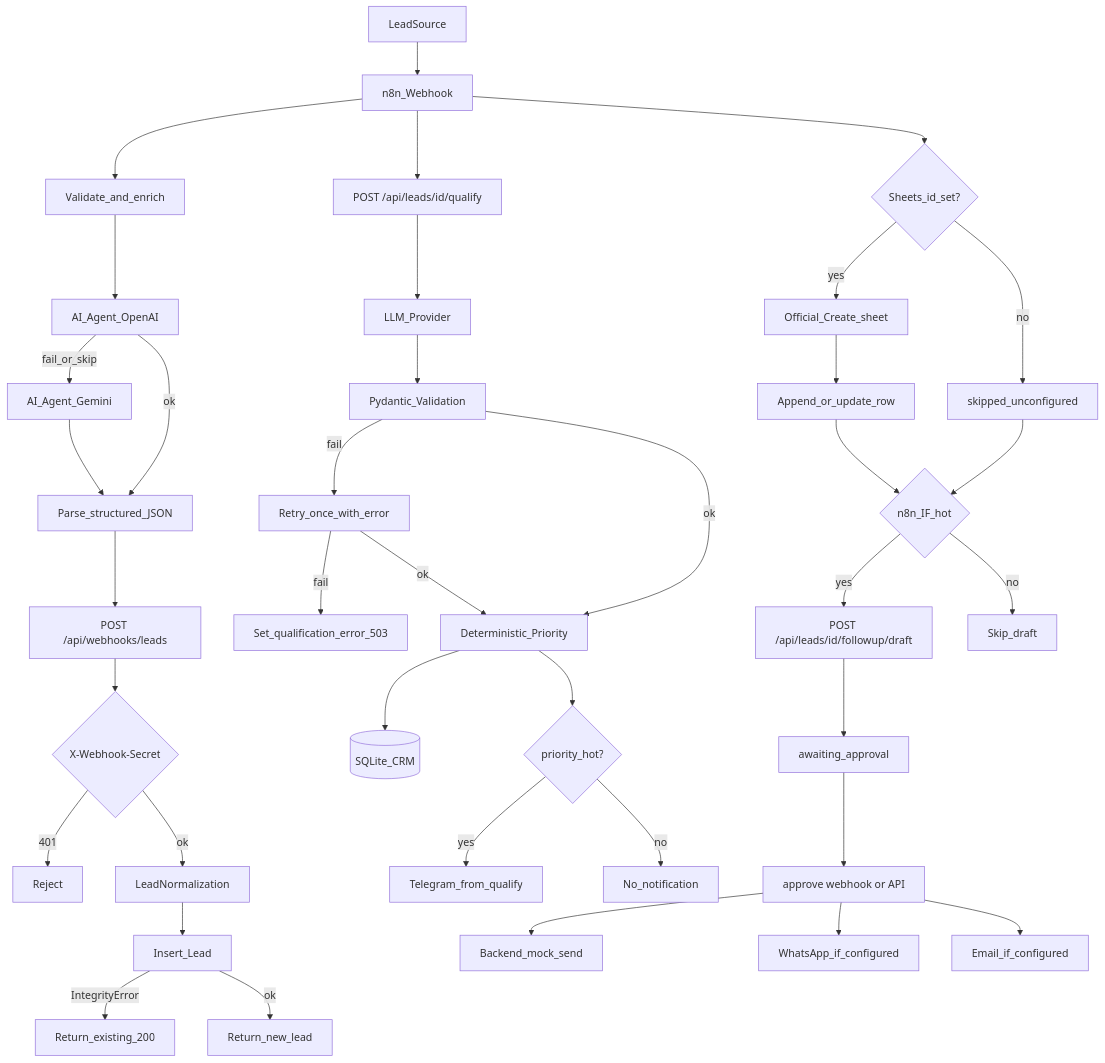
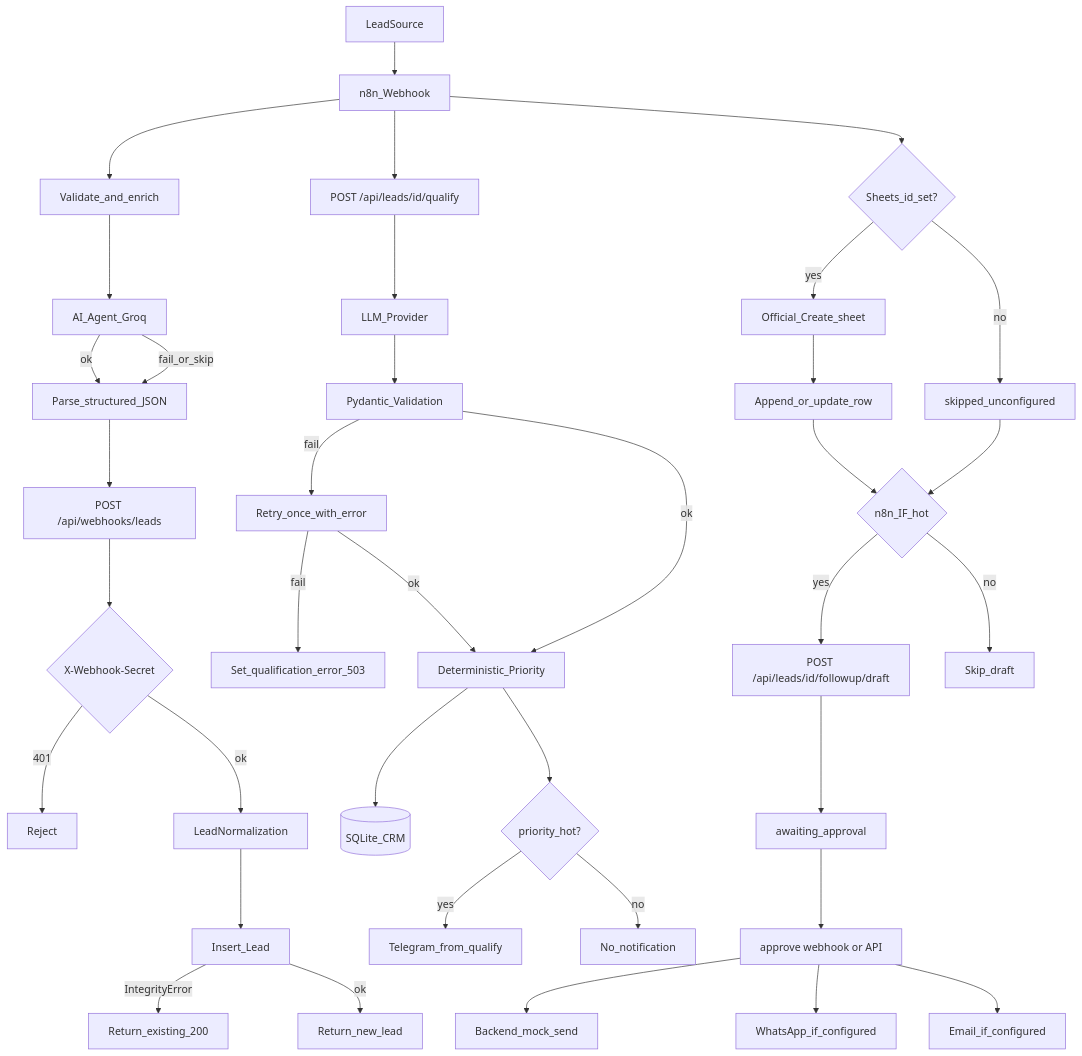
One commit to mohammadbourbour/AI-CRM changed the diagram in docs/ARCHITECTURE.md. Above: the diagram before and after it, drawn with Mermaid. The commit also changed other lines of this file and 21 other files, not shown here.

````diff
--- a/docs/ARCHITECTURE.md
+++ b/docs/ARCHITECTURE.md
@@ -7,40 +7,39 @@
 ```mermaid
 flowchart TD
     LeadSource[LeadSource] --> n8n[n8n_Webhook]
     n8n --> ValidateN8n[Validate_and_enrich]
-    ValidateN8n --> OpenAI[AI_Agent_OpenAI]
-    OpenAI -->|fail_or_skip| Gemini[AI_Agent_Gemini]
-    OpenAI -->|ok| ParseJSON[Parse_structured_JSON]
-    Gemini --> ParseJSON
+    ValidateN8n --> Groq[AI_Agent_Groq]
+    Groq -->|ok| ParseJSON[Parse_structured_JSON]
+    Groq -->|fail_or_skip| ParseJSON
     ParseJSON --> WebhookAPI["POST /api/webhooks/leads"]
     WebhookAPI --> AuthCheck{X-Webhook-Secret}
     AuthCheck -->|401| Reject[Reject]
     AuthCheck -->|ok| Normalize[LeadNormalization]
     Normalize --> InsertLead[Insert_Lead]
     InsertLead -->|IntegrityError| ExistingLead[Return_existing_200]
     InsertLead -->|ok| NewLead[Return_new_lead]
     n8n --> QualifyAPI["POST /api/leads/id/qualify"]
     QualifyAPI --> LLM[LLM_Provider]
     LLM --> Validate[Pydantic_Validation]
     Validate -->|fail| RetryOnce[Retry_once_with_error]
     RetryOnce -->|fail| QualError[Set_qualification_error_503]
     Validate -->|ok| PriorityRules[Deterministic_Priority]
     RetryOnce -->|ok| PriorityRules
     PriorityRules --> CRM[(SQLite_CRM)]
     PriorityRules --> HotCheck{priority_hot?}
     HotCheck -->|yes| Telegram[Telegram_from_qualify]
     HotCheck -->|no| SkipNotify[No_notification]
     n8n --> SheetsPlan{Sheets_id_set?}
     SheetsPlan -->|yes| CreateSheet[Official_Create_sheet]
     CreateSheet --> UpsertRow[Append_or_update_row]
     SheetsPlan -->|no| SkipSheets[skipped_unconfigured]
     UpsertRow --> PriorityIF{n8n_IF_hot}
     SkipSheets --> PriorityIF
     PriorityIF -->|yes| FollowupDraft["POST /api/leads/id/followup/draft"]
     PriorityIF -->|no| SkipDraft[Skip_draft]
     FollowupDraft --> AwaitingApproval[awaiting_approval]
     AwaitingApproval --> HumanApprove["approve webhook or API"]
     HumanApprove --> MockSend[Backend_mock_send]
     HumanApprove --> OptionalWA[WhatsApp_if_configured]
     HumanApprove --> OptionalEmail[Email_if_configured]
 ```
````
